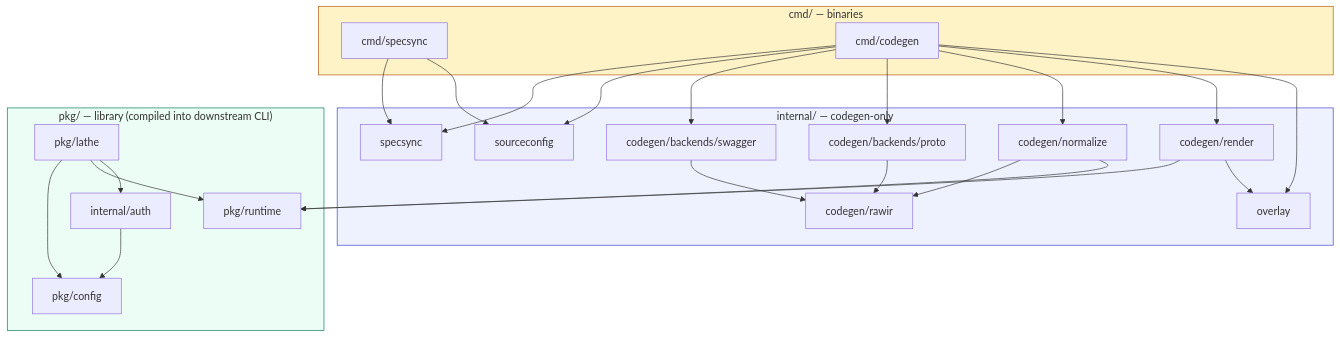
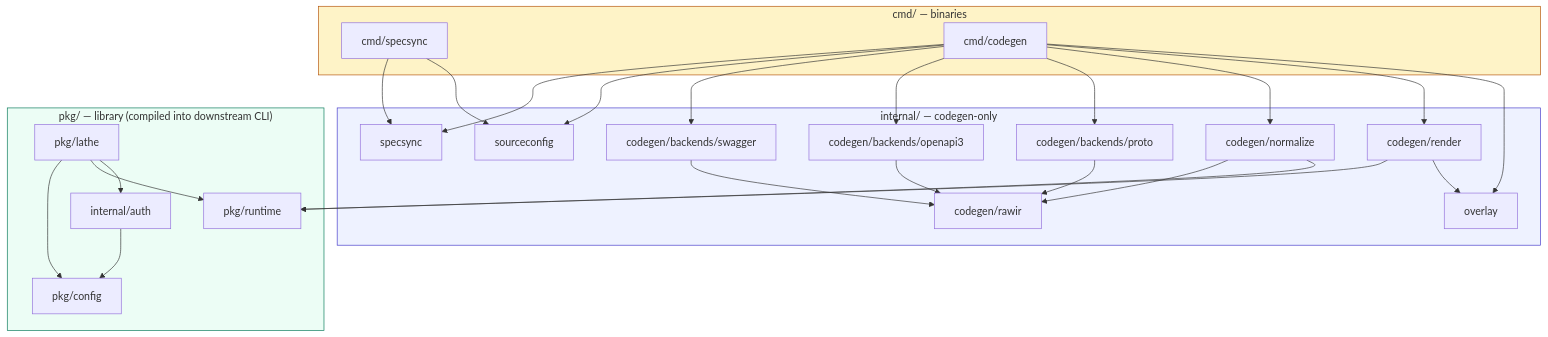
The third of 8 diagrams in docs/architecture.md (samzong/lathe), drawn with Mermaid before and after one commit. The commit also changed other lines of this file, not shown here.

First line of the commit message:
docs: update architecture.md for three-backend reality

````diff
--- a/docs/architecture.md
+++ b/docs/architecture.md
@@ -87,51 +90,54 @@
 ```mermaid
 graph TD
     subgraph cmd["cmd/ — binaries"]
         C1[cmd/specsync]
         C2[cmd/codegen]
     end
 
     subgraph internal["internal/ — codegen-only"]
         I1[specsync]
         I2[sourceconfig]
         I3[codegen/backends/swagger]
+        I3b[codegen/backends/openapi3]
         I4[codegen/backends/proto]
         I5[codegen/normalize]
         I6[codegen/rawir]
         I7[codegen/render]
         I8[overlay]
     end
 
     subgraph pkg["pkg/ — library (compiled into downstream CLI)"]
         P1[pkg/config]
         P2[pkg/runtime]
         P3[pkg/lathe]
         P4[internal/auth]
     end
 
     C1 --> I1
     C1 --> I2
     C2 --> I1
     C2 --> I2
     C2 --> I3
+    C2 --> I3b
     C2 --> I4
     C2 --> I5
     C2 --> I7
     C2 --> I8
 
     I3 --> I6
+    I3b --> I6
     I4 --> I6
     I5 --> I6
     I5 --> P2
     I7 --> P2
     I7 --> I8
 
     P3 --> P1
     P3 --> P2
     P3 --> P4
     P4 --> P1
 
     style pkg fill:#ecfdf5,stroke:#047857
     style internal fill:#eef2ff,stroke:#4338ca
     style cmd fill:#fef3c7,stroke:#b45309
 ```
````
